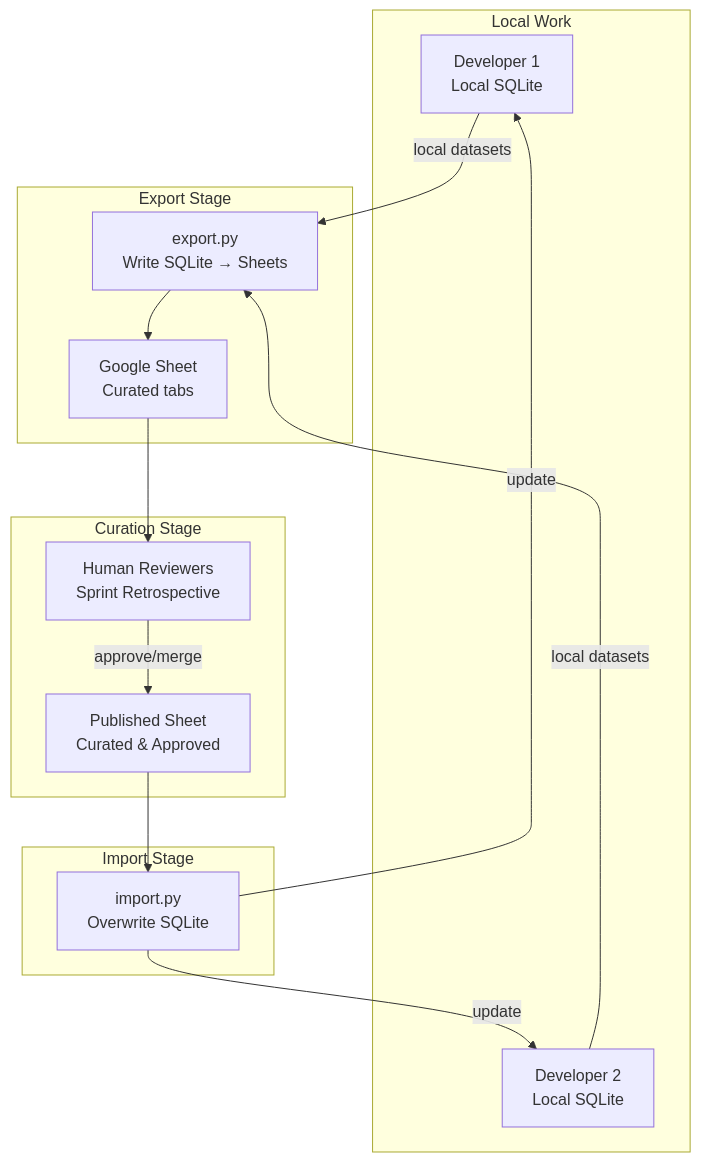
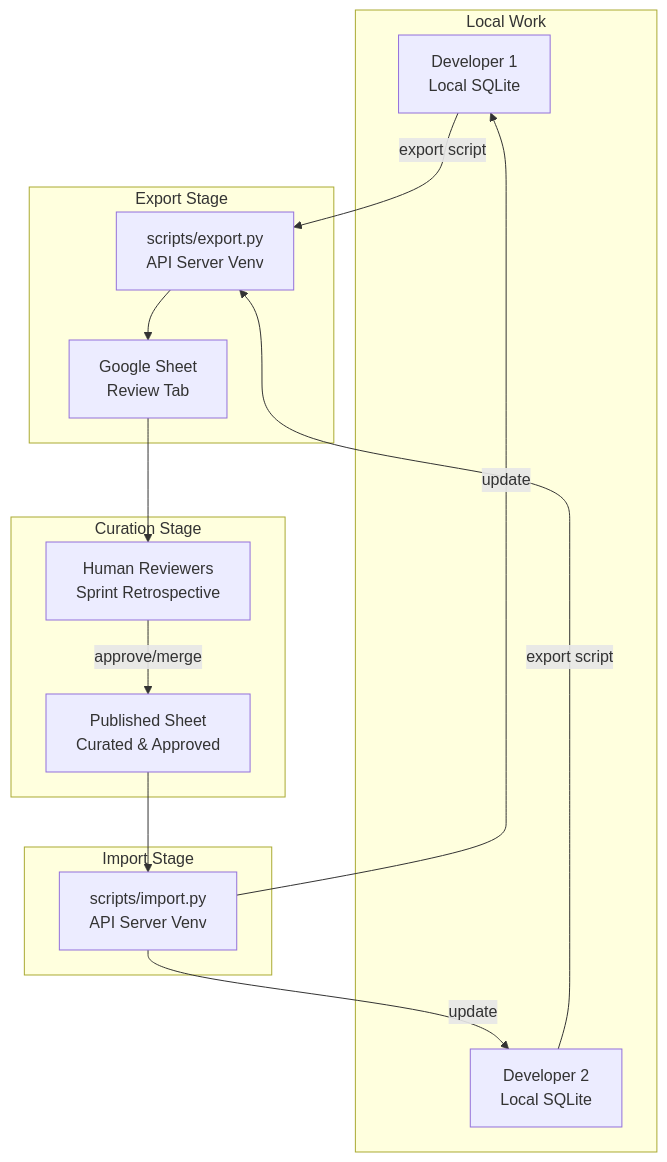
The fourth of 4 diagrams in doc/architecture.md (tyouritsugun/curated-heuristic-loop), drawn with Mermaid before and after one commit. The commit also changed other lines of this file and 7 other files, not shown here.

````diff
--- a/doc/architecture.md
+++ b/doc/architecture.md
@@ -138,30 +217,30 @@
 ```mermaid
 flowchart TD
     subgraph "Local Work"
         DEV1[Developer 1<br/>Local SQLite]
         DEV2[Developer 2<br/>Local SQLite]
     end
 
     subgraph "Export Stage"
-        EXPORT[export.py<br/>Write SQLite → Sheets]
-        REVIEW[Google Sheet<br/>Curated tabs]
+        EXPORT[scripts/export.py<br/>API Server Venv]
+        REVIEW[Google Sheet<br/>Review Tab]
     end
 
     subgraph "Curation Stage"
         CURATOR[Human Reviewers<br/>Sprint Retrospective]
         PUBLISHED[Published Sheet<br/>Curated & Approved]
     end
 
     subgraph "Import Stage"
-        IMPORT[import.py<br/>Overwrite SQLite]
+        IMPORT[scripts/import.py<br/>API Server Venv]
     end
 
-    DEV1 -->|local datasets| EXPORT
-    DEV2 -->|local datasets| EXPORT
+    DEV1 -->|export script| EXPORT
+    DEV2 -->|export script| EXPORT
     EXPORT --> REVIEW
     REVIEW --> CURATOR
     CURATOR -->|approve/merge| PUBLISHED
     PUBLISHED --> IMPORT
     IMPORT -->|update| DEV1
     IMPORT -->|update| DEV2
 ```
````
